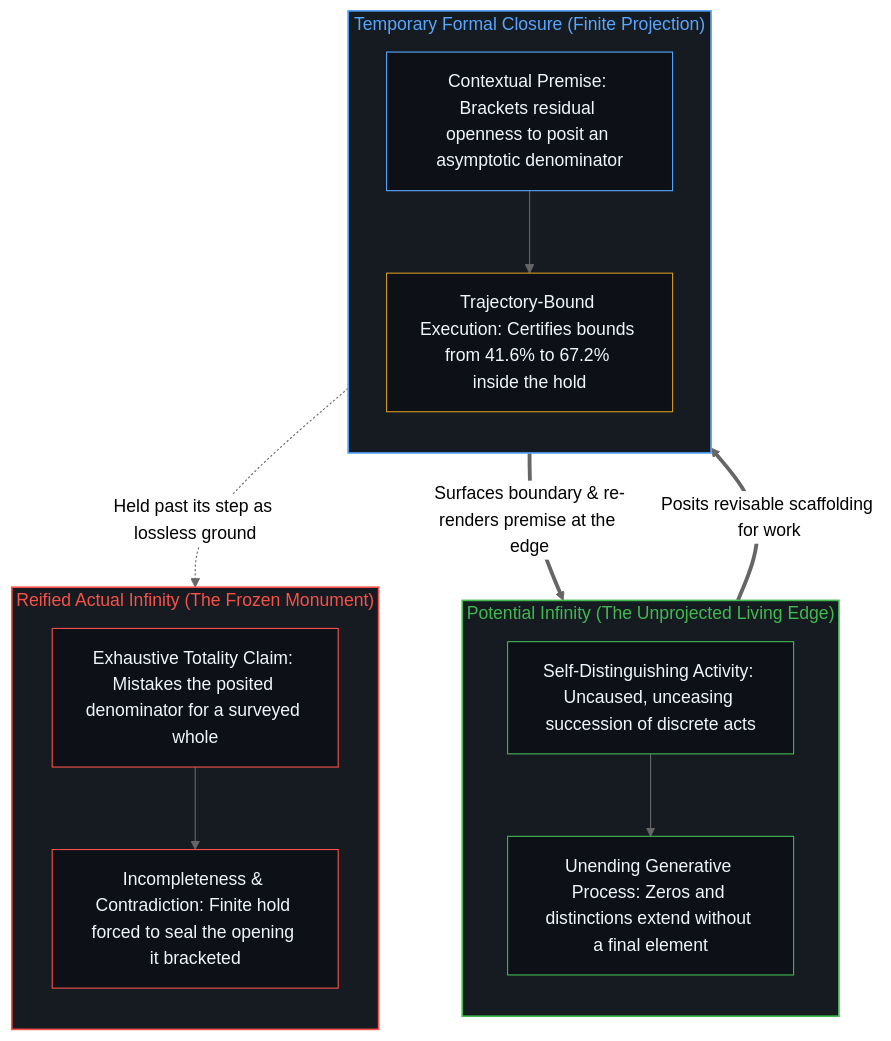
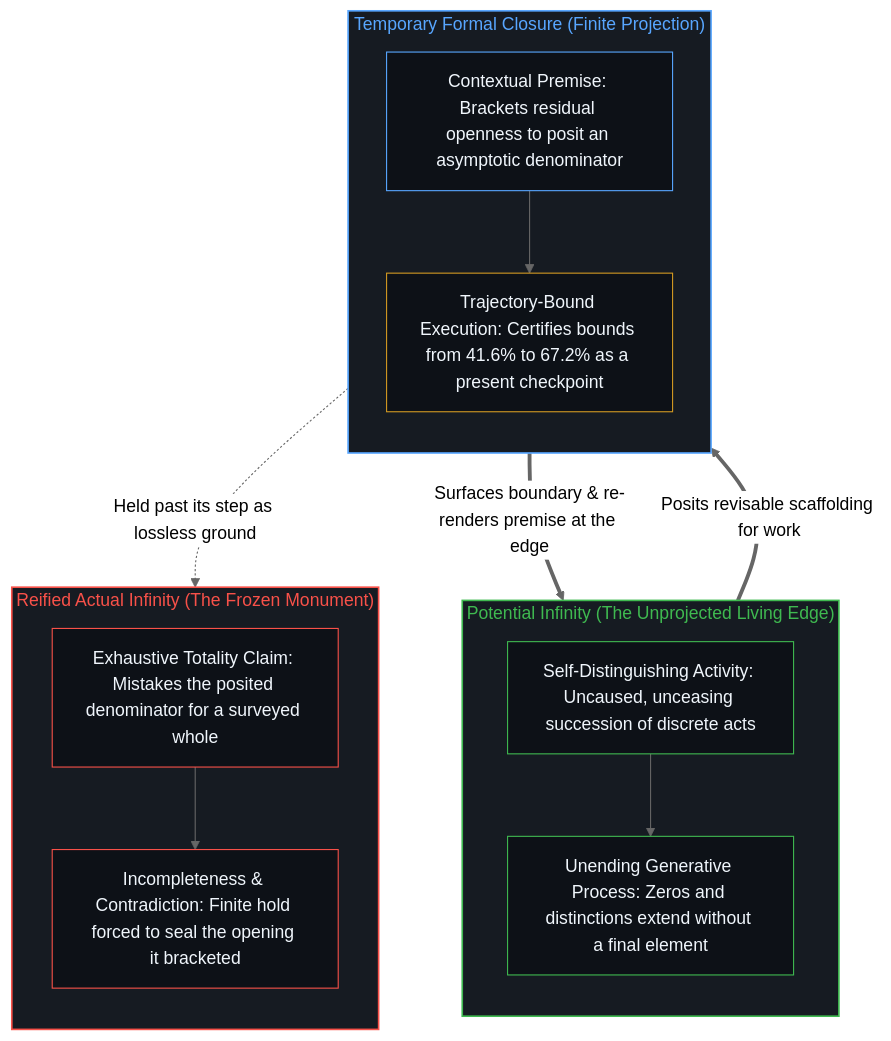
The second of 2 diagrams in content/posts/potential-infinity-and-the-temporary-closures-of-mathematical-thought.md (powerpig99/not-a-toe), drawn with Mermaid (neutral theme) before and after one commit. The commit also changed other lines of this file and 12 other files, not shown here.

````diff
--- a/content/posts/potential-infinity-and-the-temporary-closures-of-mathematical-thought.md
+++ b/content/posts/potential-infinity-and-the-temporary-closures-of-mathematical-thought.md
@@ -75,37 +75,37 @@
 ```mermaid
 flowchart TD
     subgraph S_Open["Potential Infinity (The Unprojected Living Edge)"]
         direction TB
         Edge["Self-Distinguishing Activity: Uncaused, unceasing succession of discrete acts"]
         OpenField["Unending Generative Process: Zeros and distinctions extend without a final element"]
         Edge --> OpenField
     end
 
     subgraph S_Closure["Temporary Formal Closure (Finite Projection)"]
         direction TB
         Bracket["Contextual Premise: Brackets residual openness to posit an asymptotic denominator"]
-        Deduct["Trajectory-Bound Execution: Certifies bounds from 41.6% to 67.2% inside the hold"]
+        Deduct["Trajectory-Bound Execution: Certifies bounds from 41.6% to 67.2% as a present checkpoint"]
         Bracket --> Deduct
     end
 
     subgraph S_Reify["Reified Actual Infinity (The Frozen Monument)"]
         direction TB
         Illusion["Exhaustive Totality Claim: Mistakes the posited denominator for a surveyed whole"]
         Collision["Incompleteness & Contradiction: Finite hold forced to seal the opening it bracketed"]
         Illusion --> Collision
     end
 
     OpenField ==>|"Posits revisable scaffolding for work"| Bracket
     Deduct ==>|"Surfaces boundary & re-renders premise at the edge"| Edge
     Deduct -.->|"Held past its step as lossless ground"| Illusion
 
     style S_Open fill:#161b22,stroke:#3fb950,stroke-width:1.5px,color:#3fb950
     style S_Closure fill:#161b22,stroke:#58a6ff,stroke-width:1.5px,color:#58a6ff
     style S_Reify fill:#161b22,stroke:#f85149,stroke-width:1.5px,color:#f85149
     style Edge fill:#0d1117,stroke:#3fb950,stroke-width:1px,color:#f0f6fc
     style OpenField fill:#0d1117,stroke:#3fb950,stroke-width:1px,color:#f0f6fc
     style Bracket fill:#0d1117,stroke:#58a6ff,stroke-width:1px,color:#f0f6fc
     style Deduct fill:#0d1117,stroke:#d29922,stroke-width:1px,color:#f0f6fc
     style Illusion fill:#0d1117,stroke:#f85149,stroke-width:1px,color:#f0f6fc
     style Collision fill:#0d1117,stroke:#f85149,stroke-width:1px,color:#f0f6fc
 ```
````
